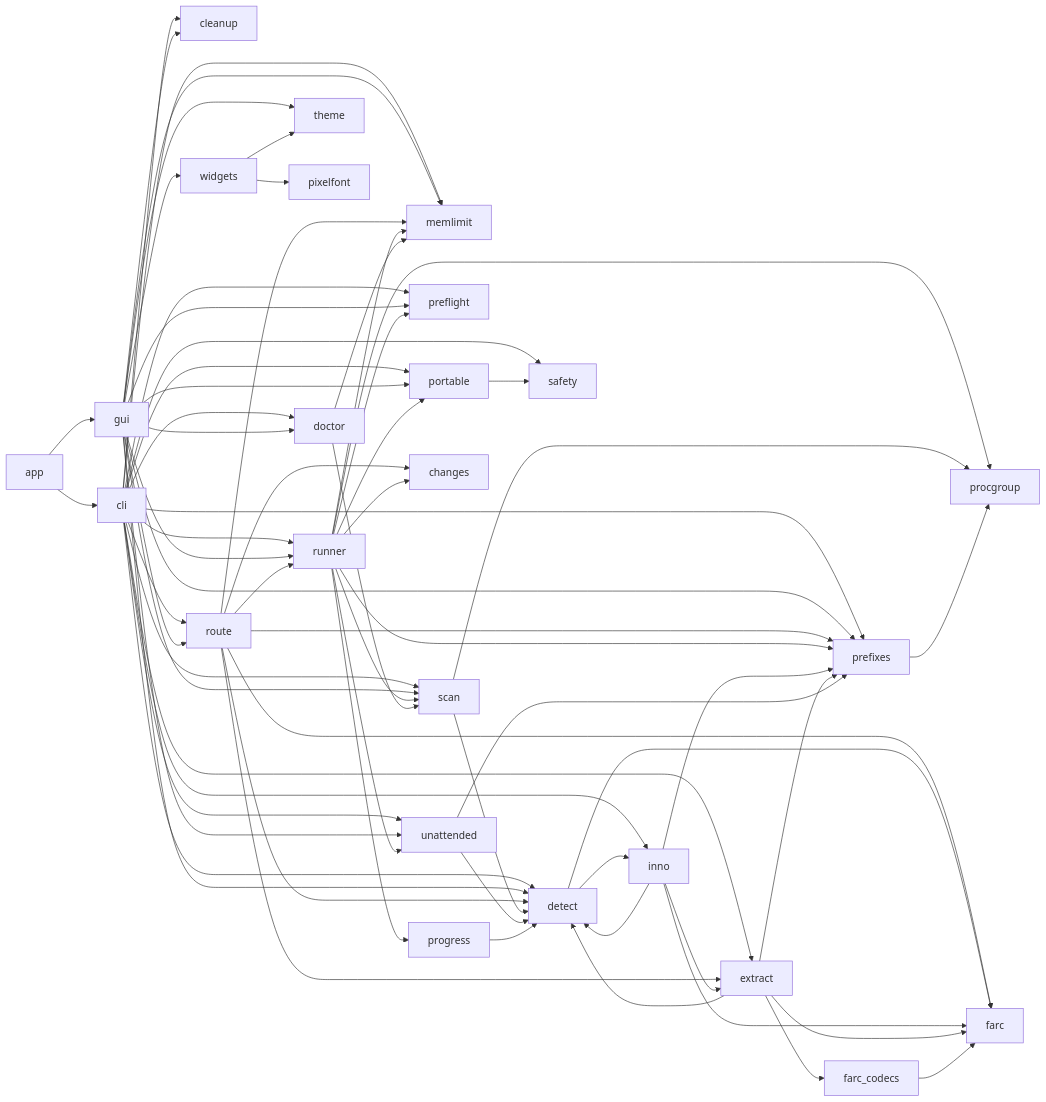
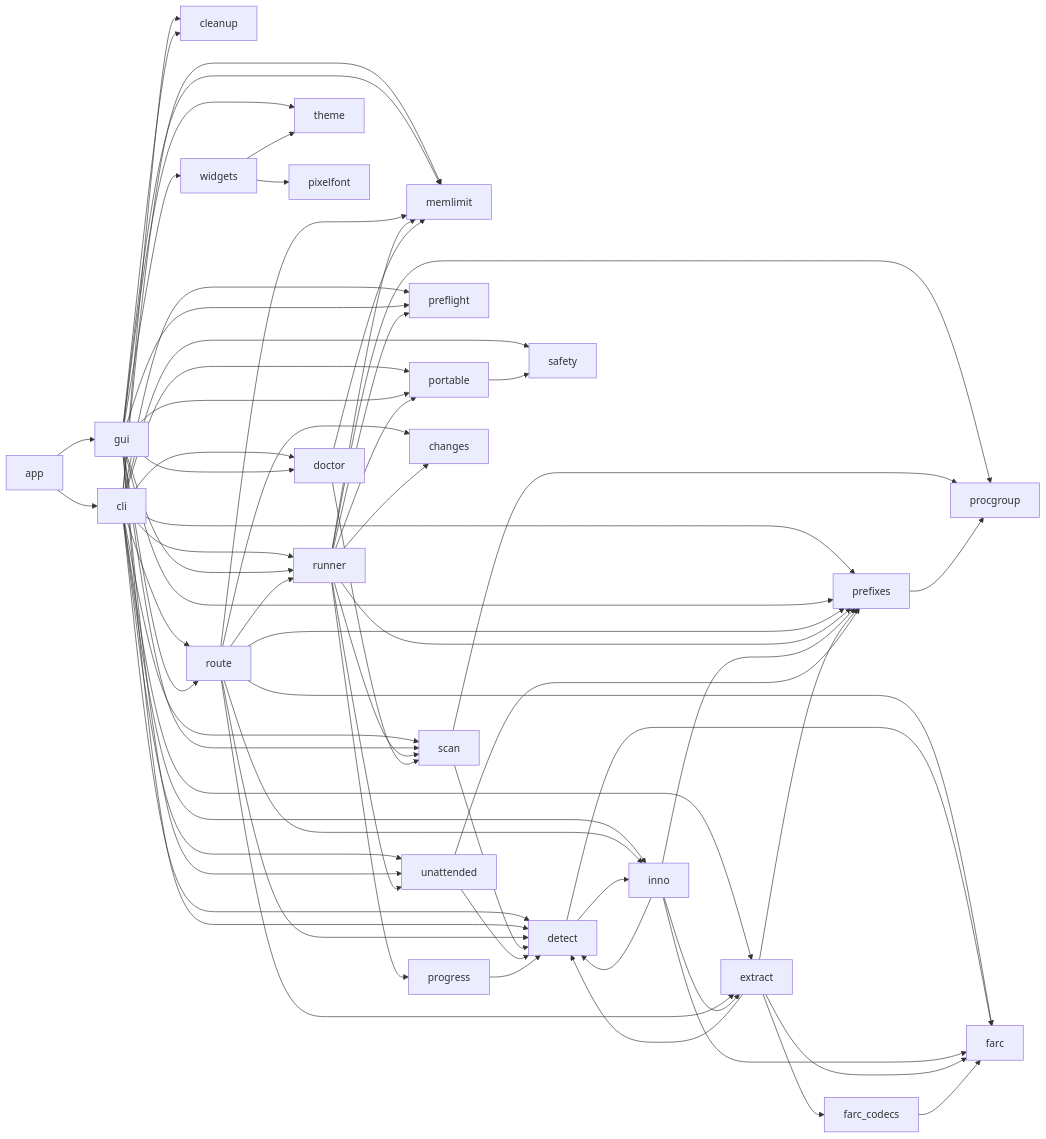
The second of 6 diagrams in docs/code-map.md (undecuple/gitfurl), drawn with Mermaid before and after one commit. The commit also changed 8 other files, not shown here.

````diff
--- a/docs/code-map.md
+++ b/docs/code-map.md
@@ -57,19 +57,19 @@
 ```mermaid
 flowchart LR
   app --> cli & gui
   cli --> cleanup & detect & doctor & extract & inno & memlimit & portable & prefixes & preflight & route & runner & safety & scan & unattended
   gui --> cleanup & detect & doctor & memlimit & portable & prefixes & preflight & route & runner & scan & theme & unattended & widgets
   widgets --> pixelfont & theme
-  route --> changes & detect & extract & farc & memlimit & prefixes & runner
+  route --> changes & detect & extract & farc & inno & memlimit & prefixes & runner
   runner --> changes & memlimit & portable & prefixes & preflight & procgroup & progress & scan & unattended
   detect --> farc & inno
   inno --> detect & extract & farc & prefixes
   extract --> detect & farc & farc_codecs & prefixes
   farc_codecs --> farc
   doctor --> memlimit & scan
   scan --> detect & procgroup
   unattended --> detect & prefixes
   progress --> detect
   prefixes --> procgroup
   portable --> safety
 ```
````
